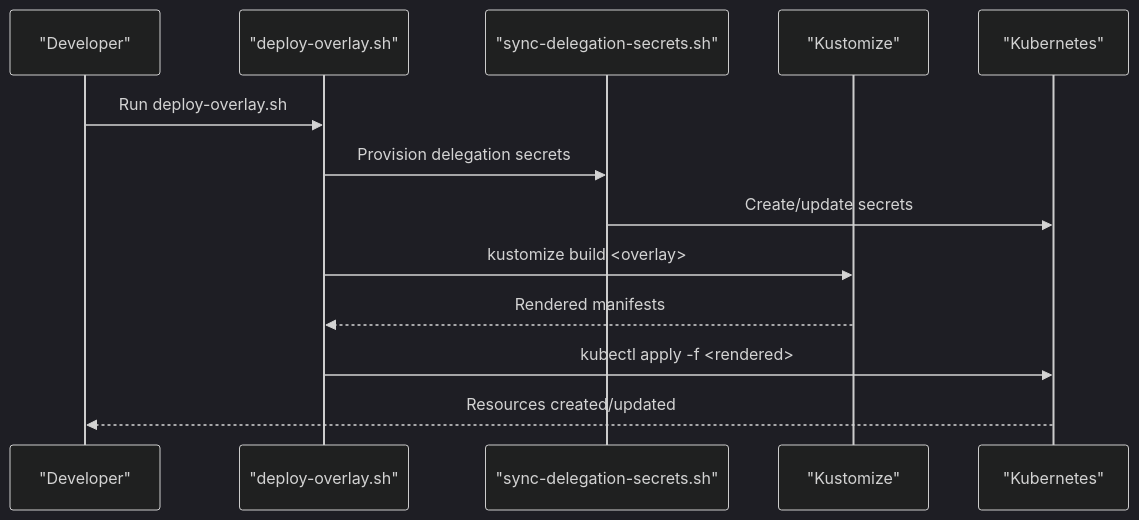
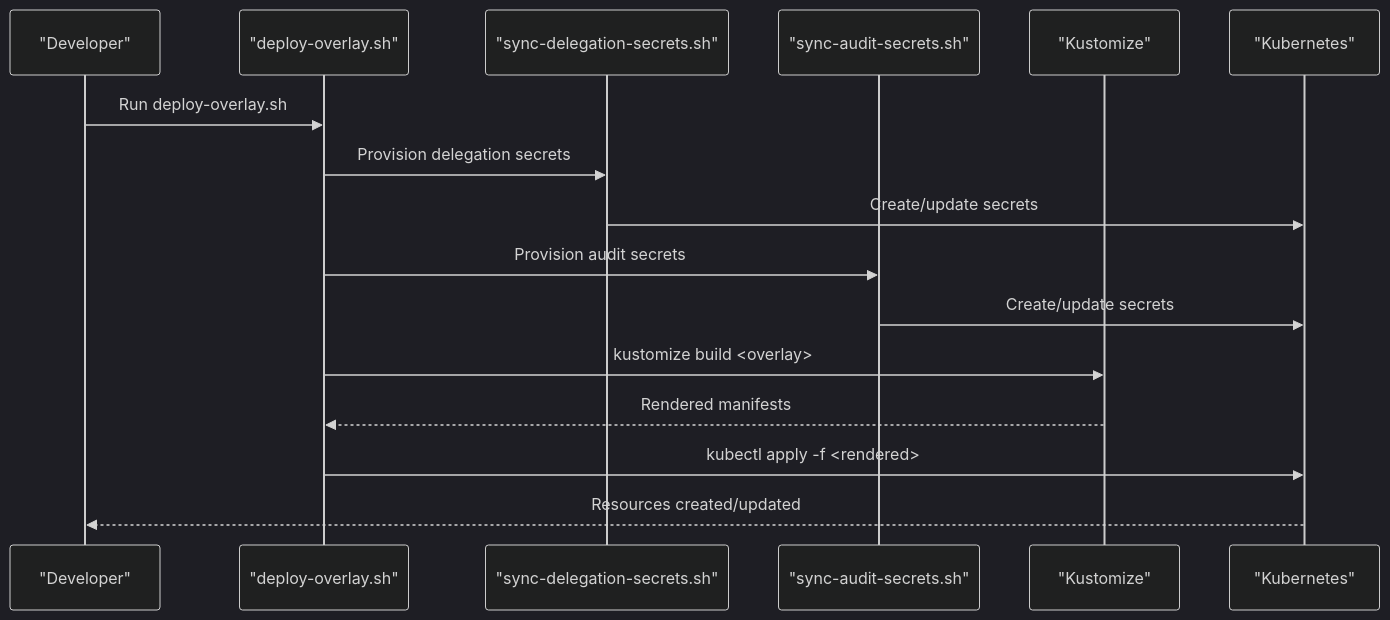
One commit to metasync/luban-aiops changed the fourth of 9 diagrams in .qoder/repowiki/en/content/Deployment and Operations/Deployment and Operations.md. Above: the diagram before and after it, drawn with Mermaid (dark theme). The commit also changed other lines of this file and 48 other files, not shown here.

````diff
--- a/.qoder/repowiki/en/content/Deployment and Operations/Deployment and Operations.md
+++ b/.qoder/repowiki/en/content/Deployment and Operations/Deployment and Operations.md
@@ -263,15 +293,18 @@
 ```mermaid
 sequenceDiagram
 participant Dev as "Developer"
 participant Script as "deploy-overlay.sh"
 participant Delegation as "sync-delegation-secrets.sh"
+participant Audit as "sync-audit-secrets.sh"
 participant Kustomize as "Kustomize"
 participant K8s as "Kubernetes"
 Dev->>Script : Run deploy-overlay.sh
 Script->>Delegation : Provision delegation secrets
 Delegation->>K8s : Create/update secrets
+Script->>Audit : Provision audit secrets
+Audit->>K8s : Create/update secrets
 Script->>Kustomize : kustomize build <overlay>
 Kustomize-->>Script : Rendered manifests
 Script->>K8s : kubectl apply -f <rendered>
 K8s-->>Dev : Resources created/updated
 ```
````
